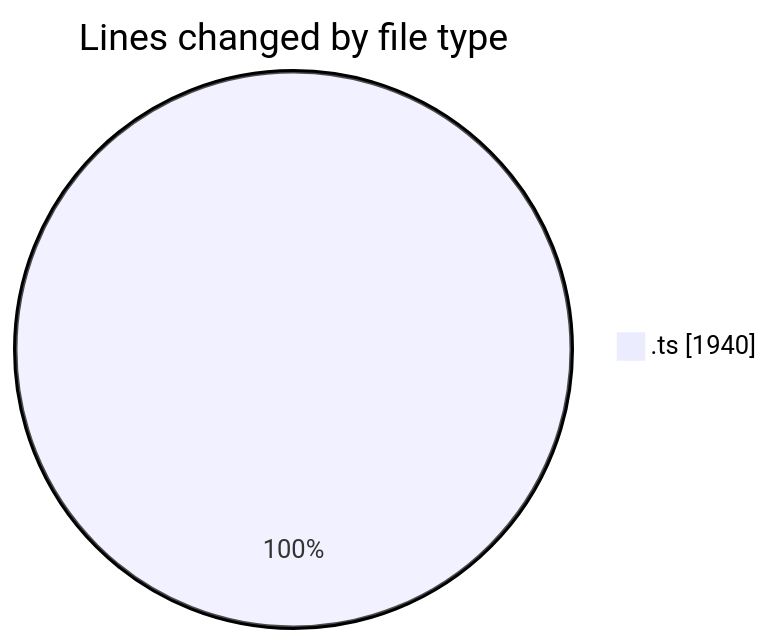
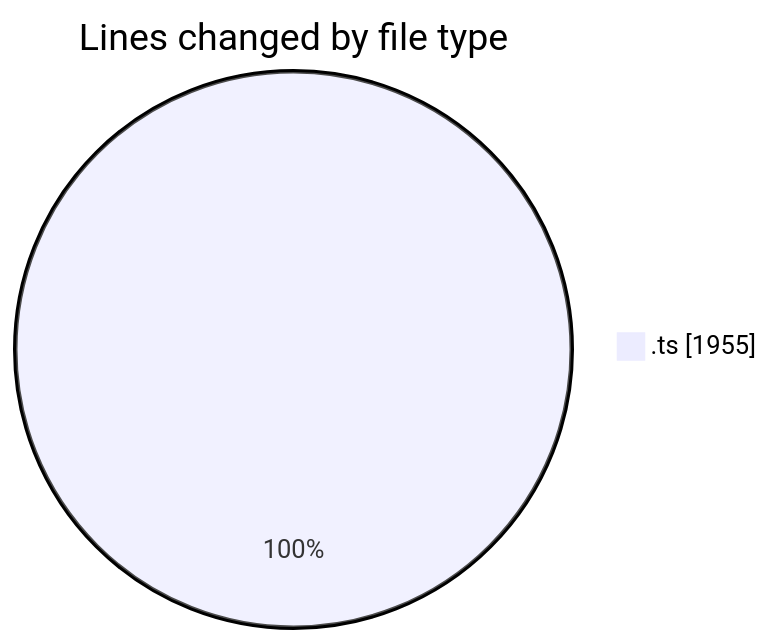
The first of 2 diagrams in 2025-10-23/cda/README.md (momahboobian/code-tracking), drawn with Mermaid before and after one commit. The commit also changed other lines of this file and 1 other file, not shown here.

````diff
--- a/2025-10-23/cda/README.md
+++ b/2025-10-23/cda/README.md
@@ -23,5 +23,5 @@
 ```mermaid
 pie showData
 title Lines changed by file type
-".ts" : 1940
+".ts" : 1955
 ```
````
